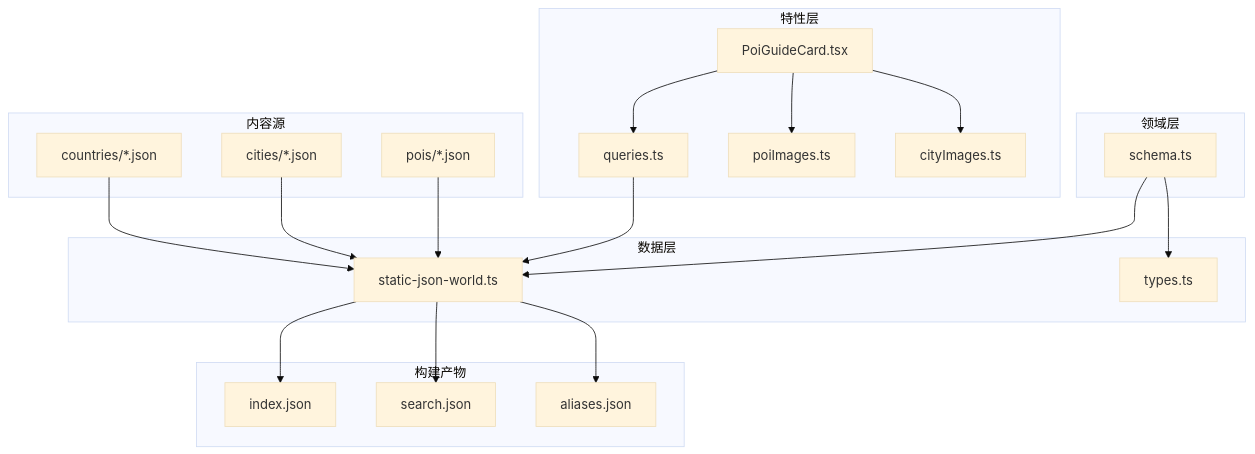
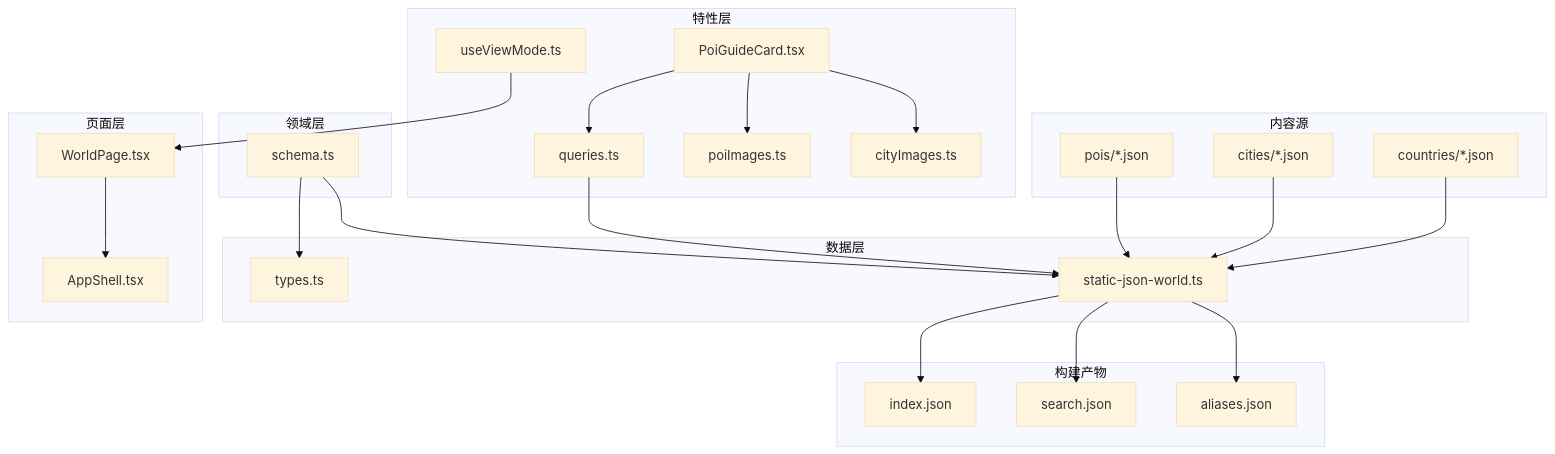
Before and after one commit to huangyilu/wanwuyishi: the first of 7 diagrams in .qoder/repowiki/zh/content/核心功能模块/世界库浏览模块/世界库浏览模块.md, drawn with Mermaid (base theme). The commit also changed other lines of this file and 103 other files, not shown here.

````diff
--- a/.qoder/repowiki/zh/content/核心功能模块/世界库浏览模块/世界库浏览模块.md
+++ b/.qoder/repowiki/zh/content/核心功能模块/世界库浏览模块/世界库浏览模块.md
@@ -54,38 +61,45 @@
 ```mermaid
 graph TB
 subgraph "领域层"
 S["schema.ts"]
 end
 subgraph "数据层"
 T["types.ts"]
 A["static-json-world.ts"]
 end
 subgraph "特性层"
 Q["queries.ts"]
 C["PoiGuideCard.tsx"]
 PI["poiImages.ts"]
 CI["cityImages.ts"]
+VM["useViewMode.ts"]
+end
+subgraph "页面层"
+WP["WorldPage.tsx"]
+AS["AppShell.tsx"]
 end
 subgraph "构建产物"
 IDX["index.json"]
 SRCH["search.json"]
 ALIAS["aliases.json"]
 end
 subgraph "内容源"
 CN["countries/*.json"]
 CT["cities/*.json"]
 POI["pois/*.json"]
 end
 CN --> A
 CT --> A
 POI --> A
 A --> IDX
 A --> SRCH
 A --> ALIAS
 Q --> A
 C --> Q
 C --> PI
 C --> CI
+VM --> WP
+WP --> AS
 S --> A
 S --> T
 ```
````
